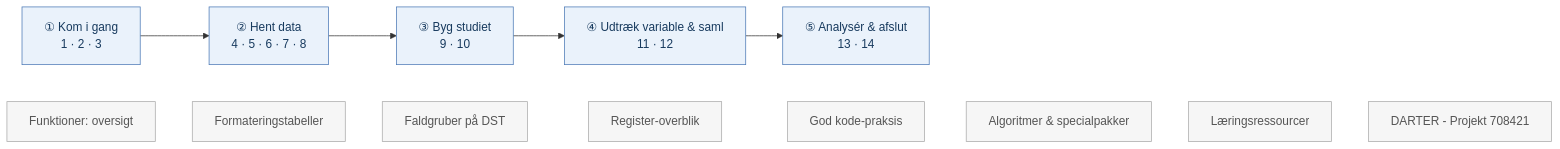
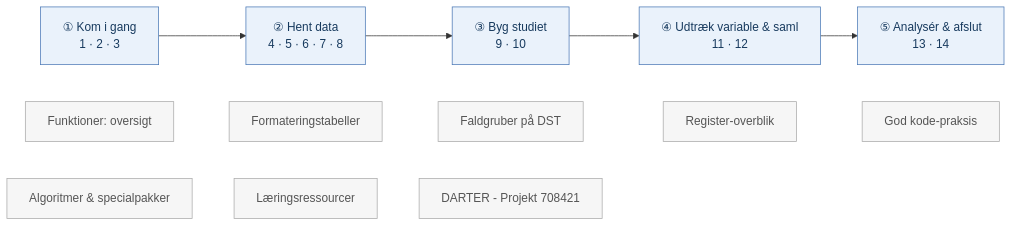
One commit to steno-aarhus/registers-guide changed the diagram in docs/da/00_index.qmd. Above: the diagram before and after it, drawn with Mermaid. The commit also changed 1 other file, not shown here.

Commit message:
Forside-roadmap: del de 8 grå opslags-bokse i to rækker (5 + 3) for større, mere læsbare bokse
Brød den enkelte ~~~-kæde af O1-O8 op i to kæder (O1-O5 og O6-O8), så mermaid
stabler dem som to rækker. da (00_index) + en (index).

````diff
--- a/docs/da/00_index.qmd
+++ b/docs/da/00_index.qmd
@@ -56,9 +56,10 @@
 ```{mermaid}
 flowchart LR
     S1["①  Kom i gang<br>1 · 2 · 3"] --> S2["②  Hent data<br>4 · 5 · 6 · 7 · 8"] --> S3["③  Byg studiet<br>9 · 10"] --> S4["④  Udtræk variable & saml<br>11 · 12"] --> S5["⑤  Analysér & afslut<br>13 · 14"]
-    O1["Funktioner: oversigt"] ~~~ O2["Formateringstabeller"] ~~~ O3["Faldgruber på DST"] ~~~ O4["Register-overblik"] ~~~ O5["God kode-praksis"] ~~~ O6["Algoritmer & specialpakker"] ~~~ O7["Læringsressourcer"] ~~~ O8["DARTER - Projekt 708421"]
+    O1["Funktioner: oversigt"] ~~~ O2["Formateringstabeller"] ~~~ O3["Faldgruber på DST"] ~~~ O4["Register-overblik"] ~~~ O5["God kode-praksis"]
+    O6["Algoritmer & specialpakker"] ~~~ O7["Læringsressourcer"] ~~~ O8["DARTER - Projekt 708421"]
     classDef stage fill:#eaf2fb,stroke:#4a78b5,stroke-width:1px,color:#173a5e;
     classDef ref fill:#f6f6f6,stroke:#aaaaaa,color:#555555;
     class S1,S2,S3,S4,S5 stage
     class O1,O2,O3,O4,O5,O6,O7,O8 ref
 ```
````
